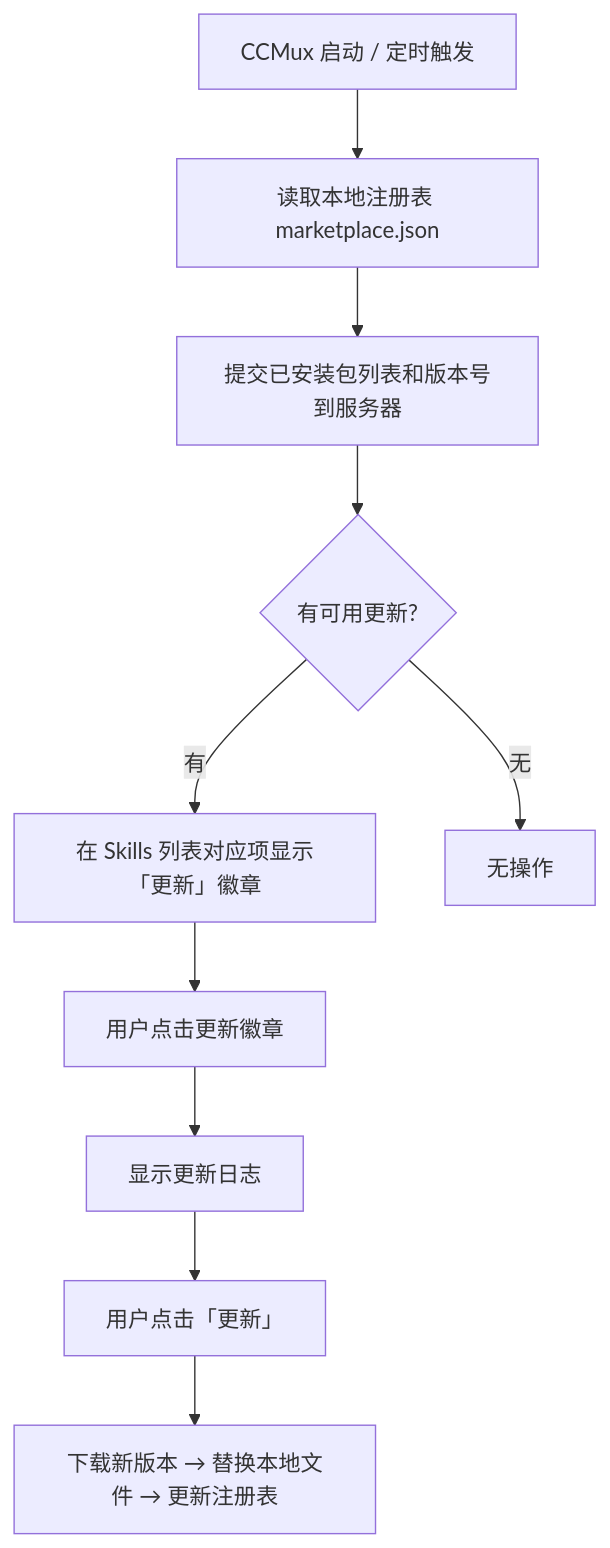
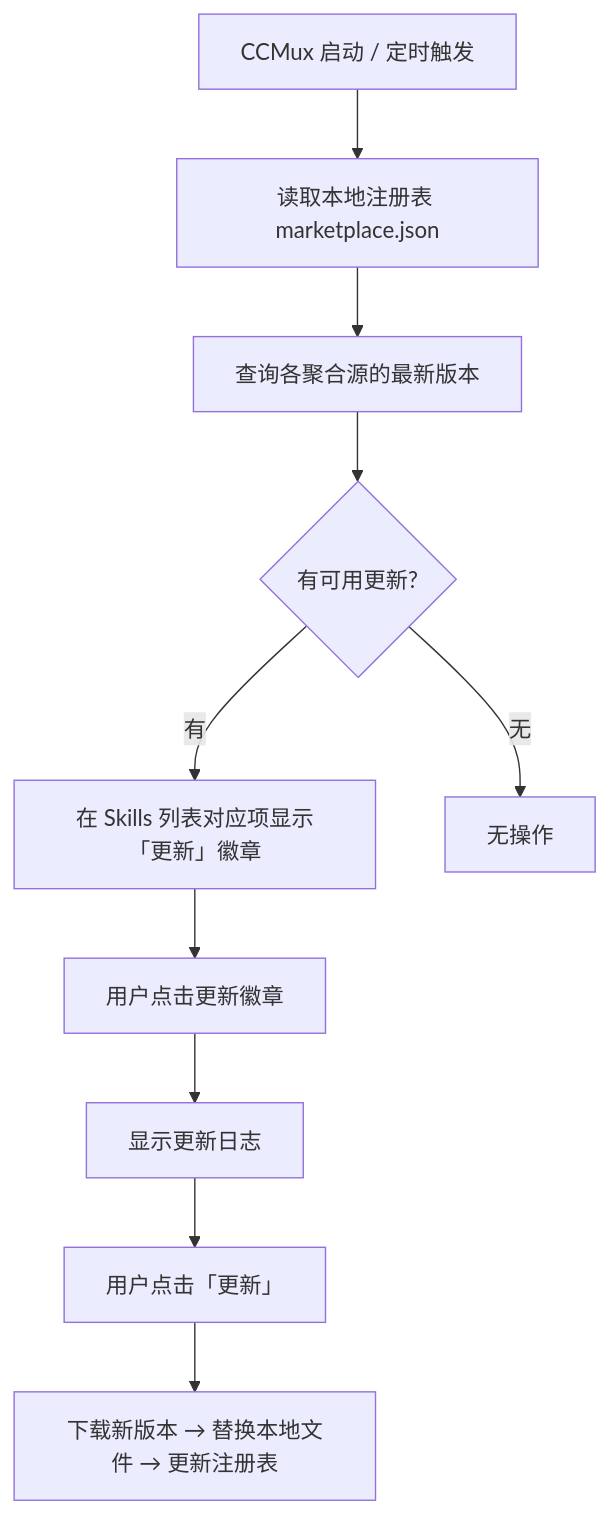
One commit to muxvo/muxvo changed the seventh of 26 diagrams in PRD.md. Above: the diagram before and after it, drawn with Mermaid. The commit also changed other lines of this file, not shown here.

````diff
--- a/PRD.md
+++ b/PRD.md
@@ -379,12 +398,12 @@
 ```mermaid
 flowchart TD
     A[CCMux 启动 / 定时触发] --> B[读取本地注册表 marketplace.json]
-    B --> C[提交已安装包列表和版本号到服务器]
+    B --> C[查询各聚合源的最新版本]
     C --> D{有可用更新?}
     D -->|有| E[在 Skills 列表对应项显示「更新」徽章]
     E --> F[用户点击更新徽章]
     F --> G[显示更新日志]
     G --> H[用户点击「更新」]
     H --> I[下载新版本 → 替换本地文件 → 更新注册表]
     D -->|无| J[无操作]
 ```
````
